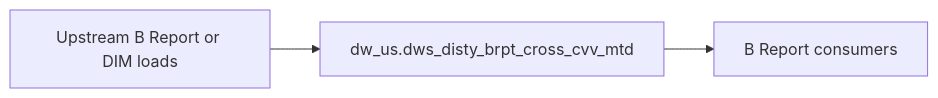
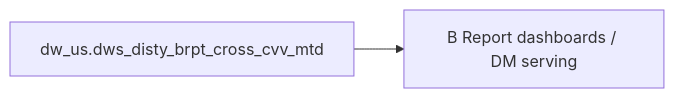
The diagram in backend/defaults/b_report/workspace/target/knowledgebase/b-report-us/dws_disty_brpt_cross_cvv_mtd.md (chengduhaha/data_agent), drawn with Mermaid before and after one commit. The commit also changed other lines of this file and 1108 other files, not shown here.

````diff
--- a/backend/defaults/b_report/workspace/target/knowledgebase/b-report-us/dws_disty_brpt_cross_cvv_mtd.md
+++ b/backend/defaults/b_report/workspace/target/knowledgebase/b-report-us/dws_disty_brpt_cross_cvv_mtd.md
@@ -167,8 +282,6 @@
 ```mermaid
 flowchart LR
-  upstream[Upstream B Report or DIM loads]
-  tgt["dw_us.dws_disty_brpt_cross_cvv_mtd"]
-  brpt[B Report consumers]
-  upstream --> tgt
-  tgt --> brpt
+  dw_us_dws_disty_brpt_cross_cvv_mtd["dw_us.dws_disty_brpt_cross_cvv_mtd"]
+  consumers["B Report dashboards / DM serving"]
+  dw_us_dws_disty_brpt_cross_cvv_mtd --> consumers
 ```
````
